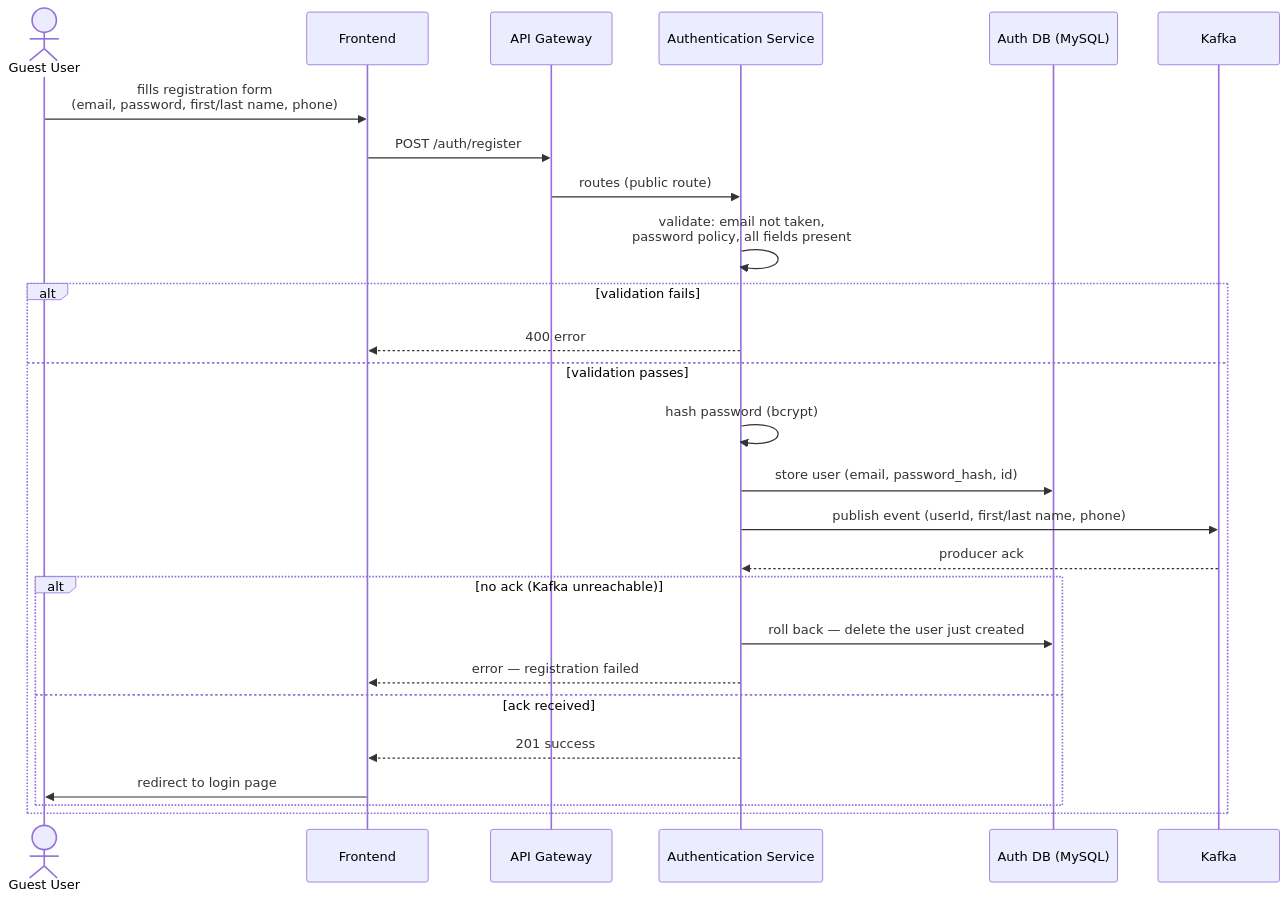
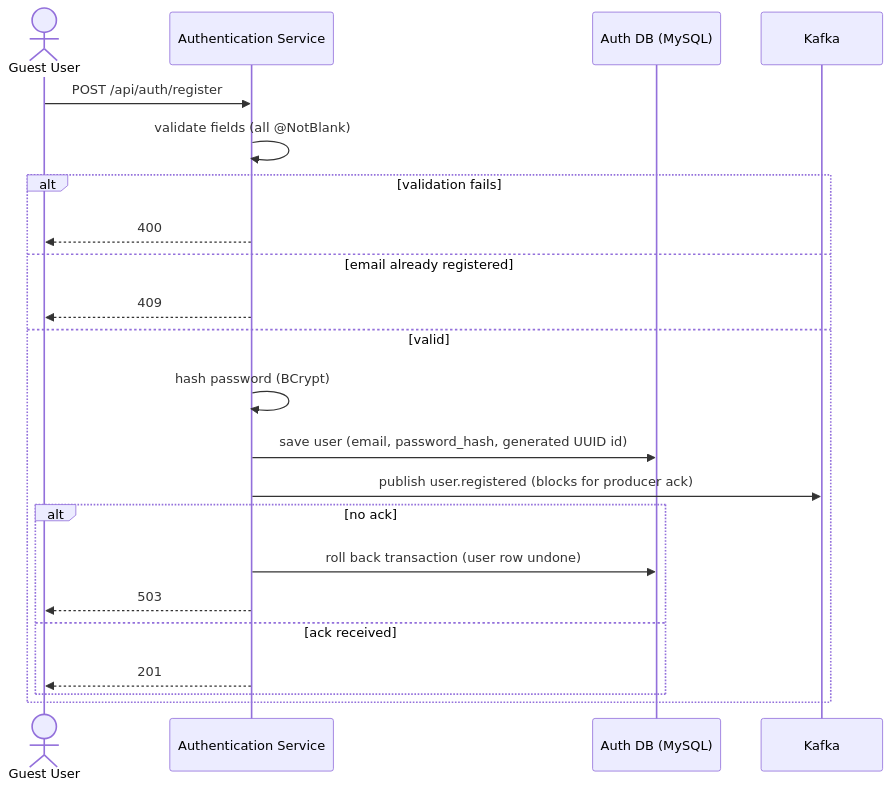
One commit to mathaisjustin/cardiac-diagonistics changed the first of 5 diagrams in docs/01-services/authentication-service/flows.md. Above: the diagram before and after it, drawn with Mermaid. The commit also changed other lines of this file and 29 other files, not shown here.

````diff
--- a/docs/01-services/authentication-service/flows.md
+++ b/docs/01-services/authentication-service/flows.md
@@ -5,32 +5,25 @@
 ```mermaid
 sequenceDiagram
     actor U as Guest User
-    participant FE as Frontend
-    participant GW as API Gateway
     participant Auth as Authentication Service
     participant DB as Auth DB (MySQL)
     participant K as Kafka
 
-    U->>FE: fills registration form<br/>(email, password, first/last name, phone)
-    FE->>GW: POST /auth/register
-    GW->>Auth: routes (public route)
-
-    Auth->>Auth: validate: email not taken,<br/>password policy, all fields present
-
+    U->>Auth: POST /api/auth/register
+    Auth->>Auth: validate fields (all @NotBlank)
     alt validation fails
-        Auth-->>FE: 400 error
-    else validation passes
-        Auth->>Auth: hash password (bcrypt)
-        Auth->>DB: store user (email, password_hash, id)
-        Auth->>K: publish event (userId, first/last name, phone)
-        K-->>Auth: producer ack
-
-        alt no ack (Kafka unreachable)
-            Auth->>DB: roll back — delete the user just created
-            Auth-->>FE: error — registration failed
+        Auth-->>U: 400
+    else email already registered
+        Auth-->>U: 409
+    else valid
+        Auth->>Auth: hash password (BCrypt)
+        Auth->>DB: save user (email, password_hash, generated UUID id)
+        Auth->>K: publish user.registered (blocks for producer ack)
+        alt no ack
+            Auth->>DB: roll back transaction (user row undone)
+            Auth-->>U: 503
         else ack received
-            Auth-->>FE: 201 success
-            FE->>U: redirect to login page
+            Auth-->>U: 201
         end
     end
 ```
````
